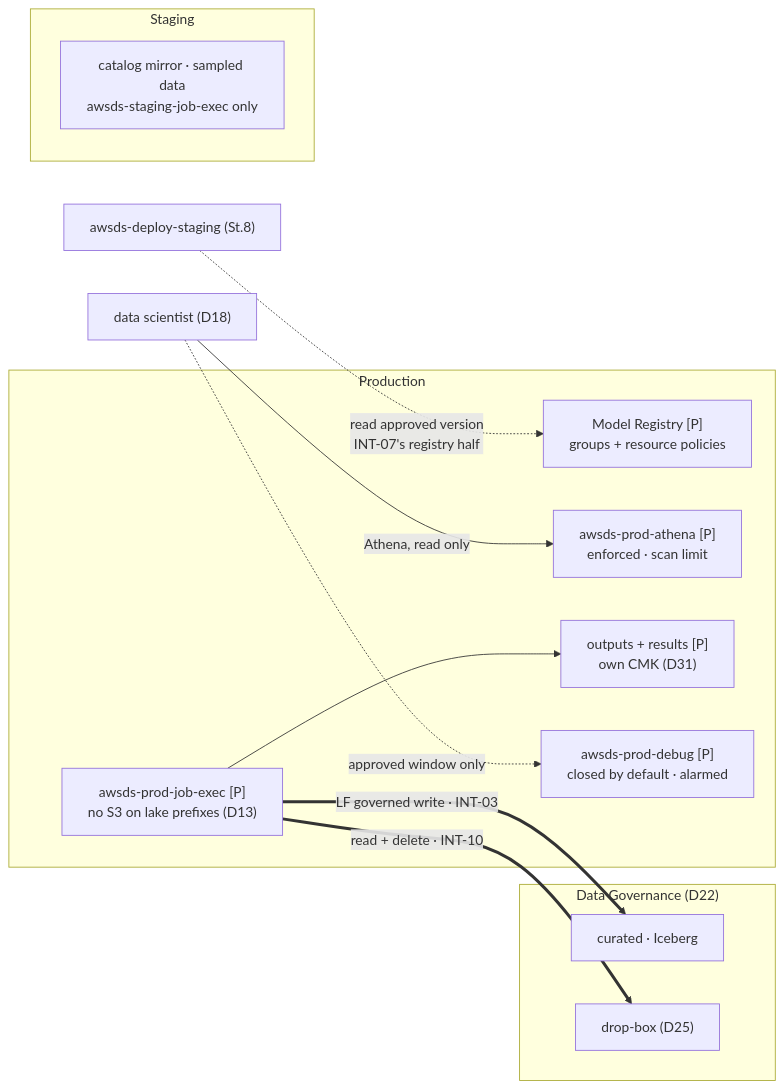
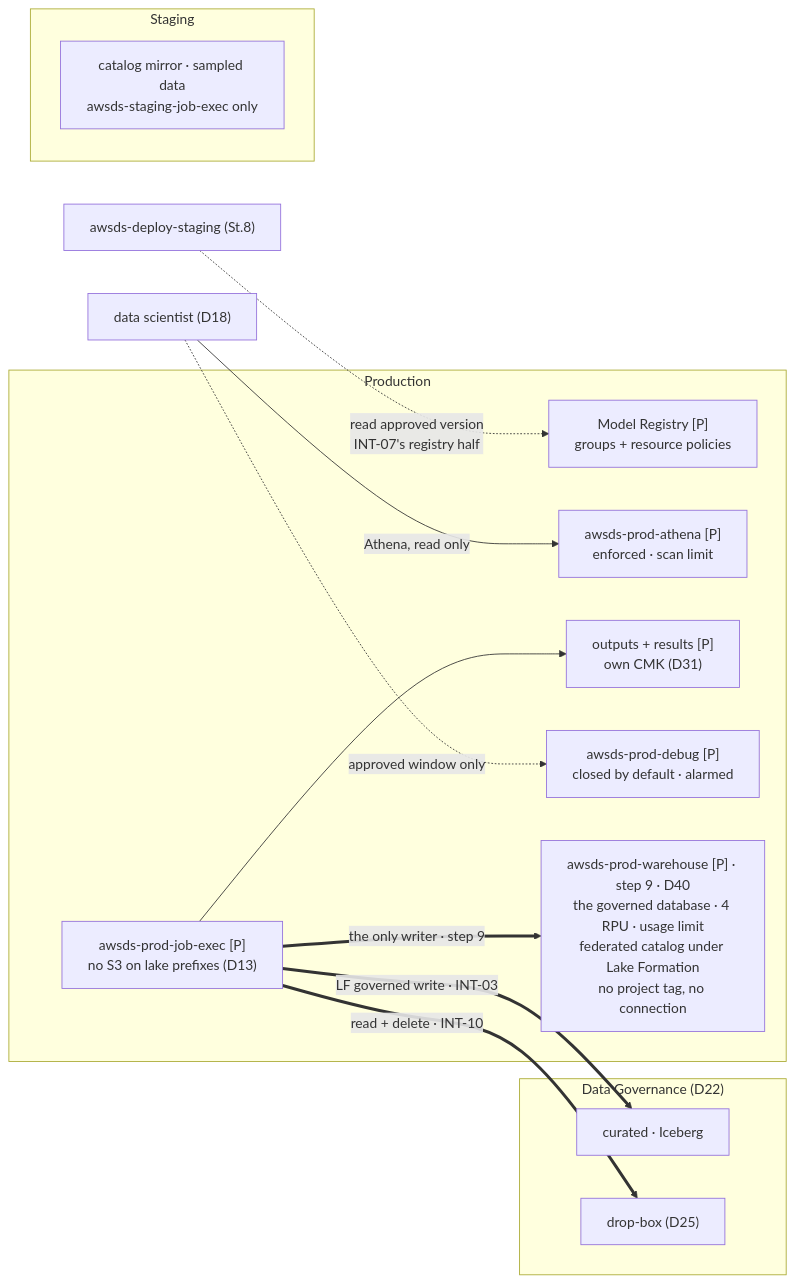
One commit to felipenoris/AWS-DataScience changed the diagram in docs/plan/stages/stage-09-deployment-targets.md. Above: the diagram before and after it, drawn with Mermaid. The commit also changed other lines of this file and 99 other files, not shown here.

````diff
--- a/docs/plan/stages/stage-09-deployment-targets.md
+++ b/docs/plan/stages/stage-09-deployment-targets.md
@@ -41,23 +45,25 @@
 ```mermaid
 flowchart LR
     subgraph DG["Data Governance (D22)"]
         LAKE["curated · Iceberg"]
         BOX["drop-box (D25)"]
     end
     subgraph PRD["Production"]
         JOB["awsds-prod-job-exec [P]<br/>no S3 on lake prefixes (D13)"]
         REG["Model Registry [P]<br/>groups + resource policies"]
         WG["awsds-prod-athena [P]<br/>enforced · scan limit"]
         OUT["outputs + results [P]<br/>own CMK (D31)"]
         DBG["awsds-prod-debug [P]<br/>closed by default · alarmed"]
+        WH["awsds-prod-warehouse [P] · step 9 · D40<br/>the governed database · 4 RPU · usage limit<br/>federated catalog under Lake Formation<br/>no project tag, no connection"]
     end
     subgraph STG["Staging"]
         MIR["catalog mirror · sampled data<br/>awsds-staging-job-exec only"]
     end
     JOB ==>|"LF governed write · INT-03"| LAKE
     JOB ==>|"read + delete · INT-10"| BOX
     JOB --> OUT
+    JOB ==>|"the only writer · step 9"| WH
     DS["data scientist (D18)"] -->|"Athena, read only"| WG
     DS -.->|"approved window only"| DBG
     SDR["awsds-deploy-staging (St.8)"] -.->|"read approved version<br/>INT-07's registry half"| REG
 ```
````
